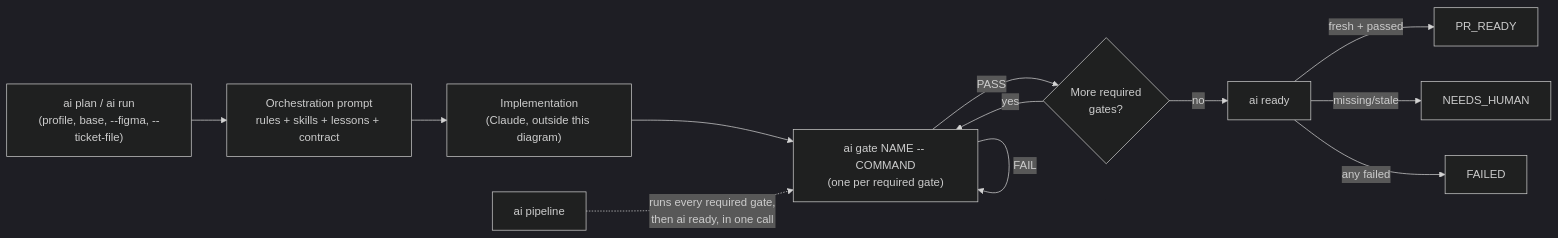
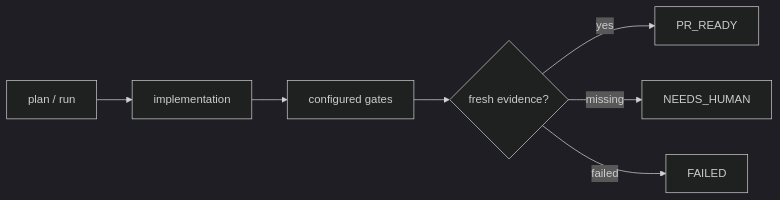
The diagram in README.md (marianozamora/ai-agent-stack), drawn with Mermaid (dark theme) before and after one commit. The commit also changed other lines of this file and 26 other files, not shown here.

````diff
--- a/README.md
+++ b/README.md
@@ -97,14 +41,9 @@
 ```mermaid
 flowchart LR
-    A["ai plan / ai run<br/>(profile, base, --figma, --ticket-file)"] --> B["Orchestration prompt<br/>rules + skills + lessons + contract"]
-    B --> C["Implementation<br/>(Claude, outside this diagram)"]
-    C --> D["ai gate NAME -- COMMAND<br/>(one per required gate)"]
-    D -->|PASS| E{More required<br/>gates?}
-    D -->|FAIL| D
-    E -->|yes| D
-    E -->|no| F["ai ready"]
-    F -->|fresh + passed| G["PR_READY"]
-    F -->|missing/stale| H["NEEDS_HUMAN"]
-    F -->|any failed| I["FAILED"]
-    J["ai pipeline"] -.->|runs every required gate,<br/>then ai ready, in one call| D
+    A["plan / run"] --> B["implementation"]
+    B --> C["configured gates"]
+    C --> D{"fresh evidence?"}
+    D -->|yes| E["PR_READY"]
+    D -->|missing| F["NEEDS_HUMAN"]
+    D -->|failed| G["FAILED"]
 ```
````
